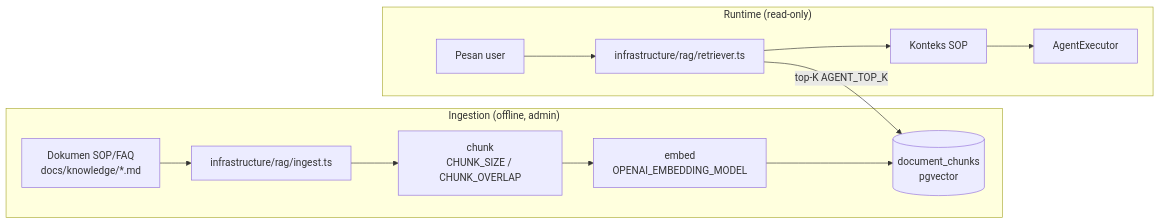
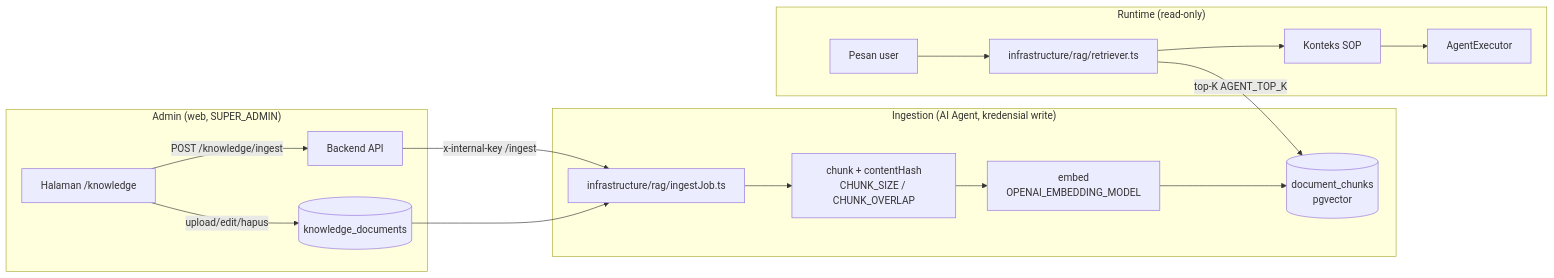
Before and after one commit to EkaBachrudin/ims: the fourth of 8 diagrams in docs/TECHNICAL.md, drawn with Mermaid. The commit also changed other lines of this file and 61 other files, not shown here.

Commit message:
feat(rag): managed knowledge base, hybrid retrieval & chat routing

````diff
--- a/docs/TECHNICAL.md
+++ b/docs/TECHNICAL.md
@@ -1204,15 +1221,20 @@
 ```mermaid
 flowchart LR
-    subgraph Offline["Ingestion (offline, admin)"]
-        DOC[Dokumen SOP/FAQ<br/>docs/knowledge/*.md] --> ING[infrastructure/rag/ingest.ts]
-        ING --> CH[chunk<br/>CHUNK_SIZE / CHUNK_OVERLAP]
+    subgraph Admin["Admin (web, SUPER_ADMIN)"]
+        UI[Halaman /knowledge] -->|upload/edit/hapus| KD[(knowledge_documents)]
+        UI -->|POST /knowledge/ingest| BE[Backend API]
+    end
+    subgraph Offline["Ingestion (AI Agent, kredensial write)"]
+        BE -->|x-internal-key /ingest| ING[infrastructure/rag/ingestJob.ts]
+        KD --> ING
+        ING --> CH[chunk + contentHash<br/>CHUNK_SIZE / CHUNK_OVERLAP]
         CH --> EMB[embed<br/>OPENAI_EMBEDDING_MODEL]
         EMB --> VDB[(document_chunks<br/>pgvector)]
     end
     subgraph Runtime["Runtime (read-only)"]
         Q[Pesan user] --> RET[infrastructure/rag/retriever.ts]
         RET -->|top-K AGENT_TOP_K| VDB
         RET --> CTX[Konteks SOP]
         CTX --> AG[AgentExecutor]
     end
 ```
````
